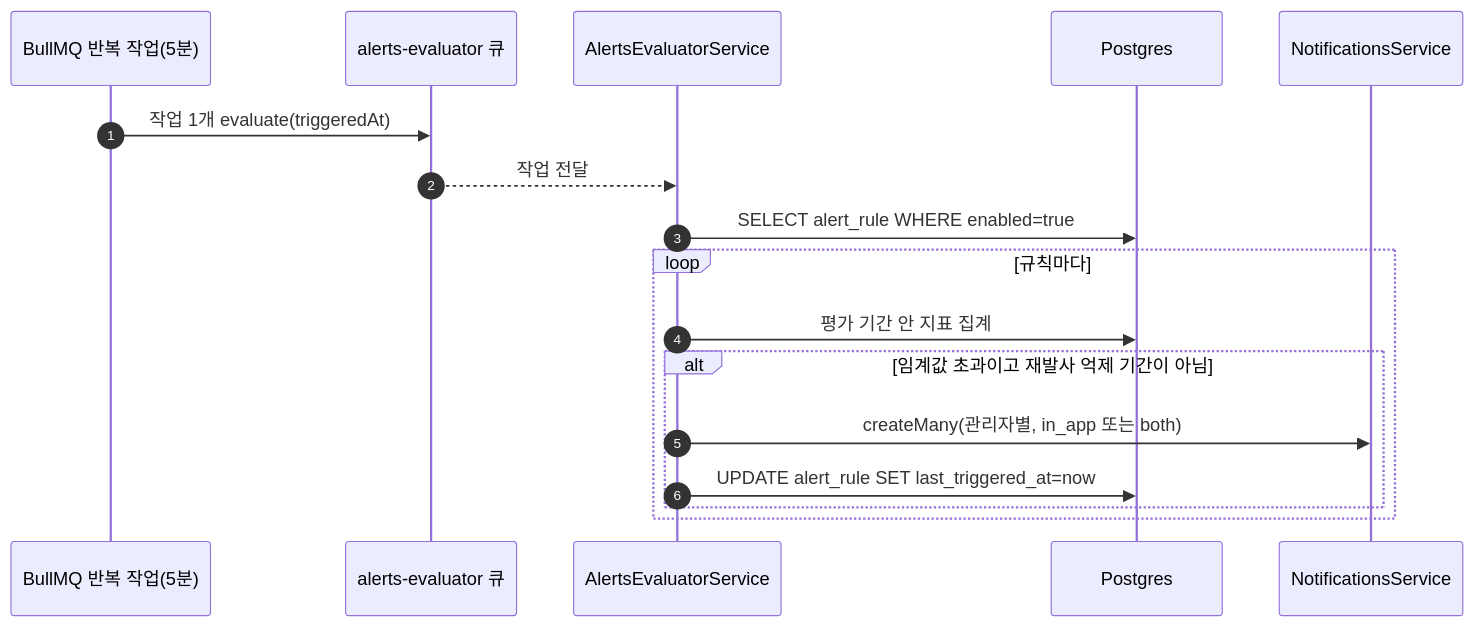
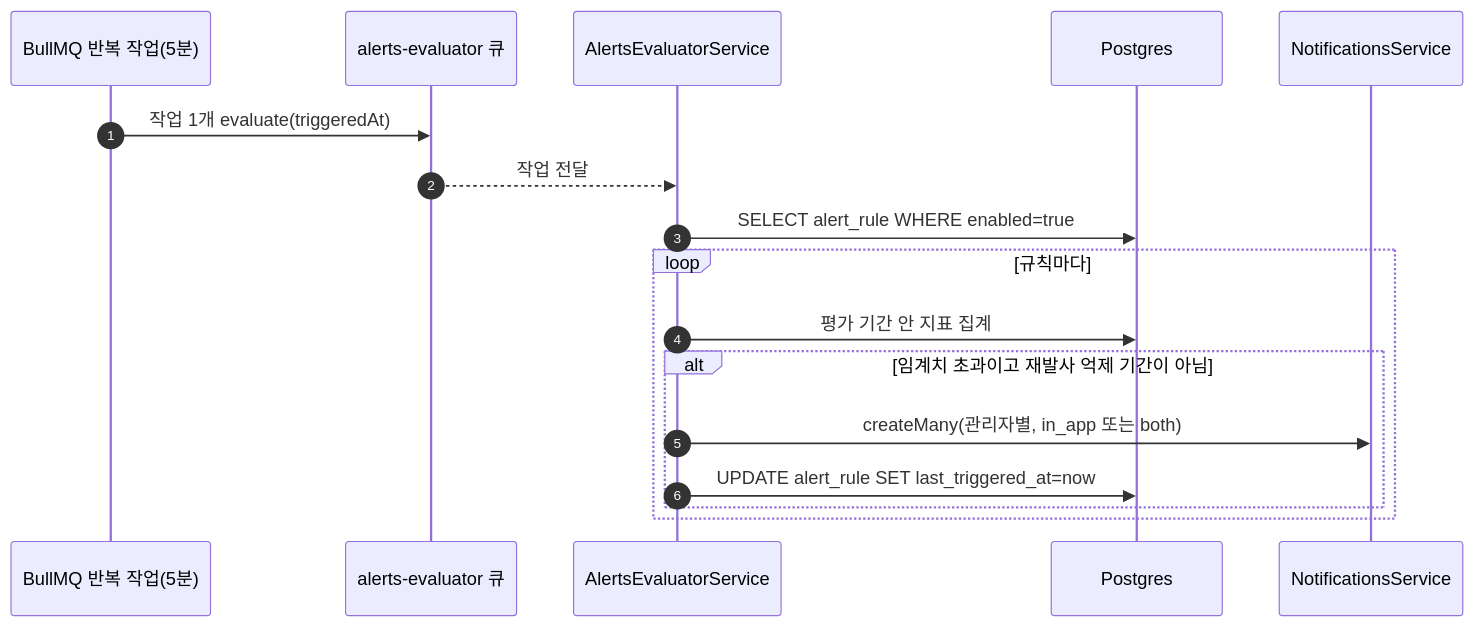
The third of 3 diagrams in spec/CLE-OBS/CLE-OBS-NOTIFY.md (worker-ants/clemvion), drawn with Mermaid before and after one commit. The commit also changed other lines of this file and 22 other files, not shown here.

First line of the commit message:
fix: 초대 메일 링크 · 컨테이너 항목 에러 정책 저장 · Chart 유형 검증을 고친다 (CLE-T-V0JAG1) (#1517)

````diff
--- a/spec/CLE-OBS/CLE-OBS-NOTIFY.md
+++ b/spec/CLE-OBS/CLE-OBS-NOTIFY.md
@@ -302,19 +302,19 @@
 ```mermaid
 sequenceDiagram
   autonumber
   participant Sched as BullMQ 반복 작업(5분)
   participant Q as alerts-evaluator 큐
   participant Eval as AlertsEvaluatorService
   participant PG as Postgres
   participant Noti as NotificationsService
   Sched->>Q: 작업 1개 evaluate(triggeredAt)
   Q-->>Eval: 작업 전달
   Eval->>PG: SELECT alert_rule WHERE enabled=true
   loop 규칙마다
     Eval->>PG: 평가 기간 안 지표 집계
-    alt 임계값 초과이고 재발사 억제 기간이 아님
+    alt 임계치 초과이고 재발사 억제 기간이 아님
       Eval->>Noti: createMany(관리자별, in_app 또는 both)
       Eval->>PG: UPDATE alert_rule SET last_triggered_at=now
     end
   end
 ```
````
